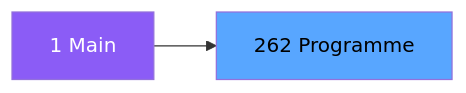
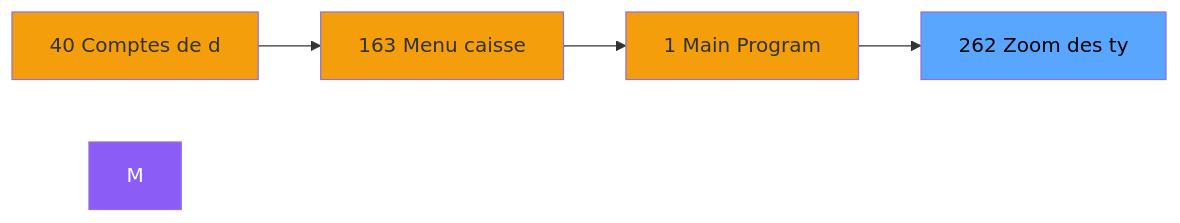
Before and after one commit to thonyAGP/magic-migration: the second of 3 diagrams in .openspec/specs/ADH-IDE-262.md, drawn with Mermaid. The commit also changed other lines of this file and 323 other files, not shown here.

````diff
--- a/.openspec/specs/ADH-IDE-262.md
+++ b/.openspec/specs/ADH-IDE-262.md
@@ -98,8 +110,15 @@
 ```mermaid
 graph LR
-    M[1 Main]
-    T[262 Programme]
-    M --> T
+    N40[40 Comptes de d]
+    N163[163 Menu caisse ]
+    N1[1 Main Program]
+    T[262 Zoom  des ty]
+    N40 --> N163
+    N163 --> N1
+    N1 --> T
     style M fill:#8b5cf6,color:#fff
+    style N40 fill:#f59e0b
+    style N163 fill:#f59e0b
+    style N1 fill:#f59e0b
     style T fill:#58a6ff,color:#000
 ```
````
